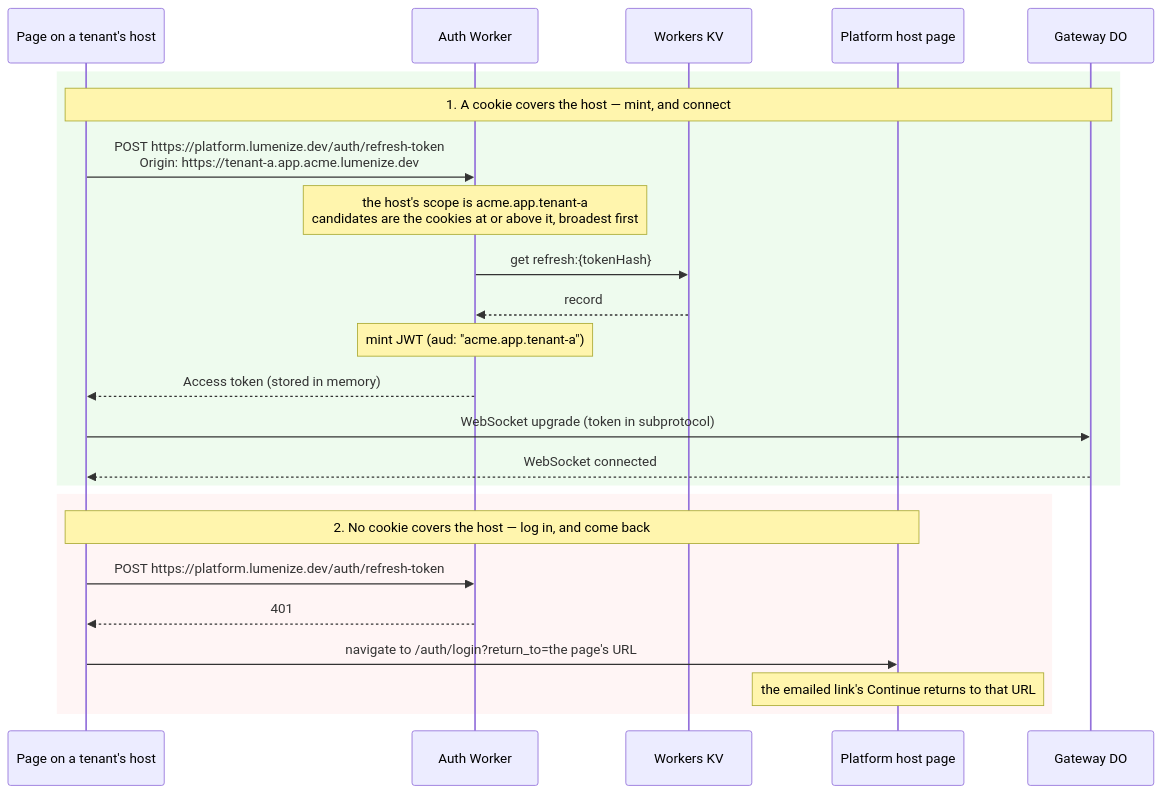
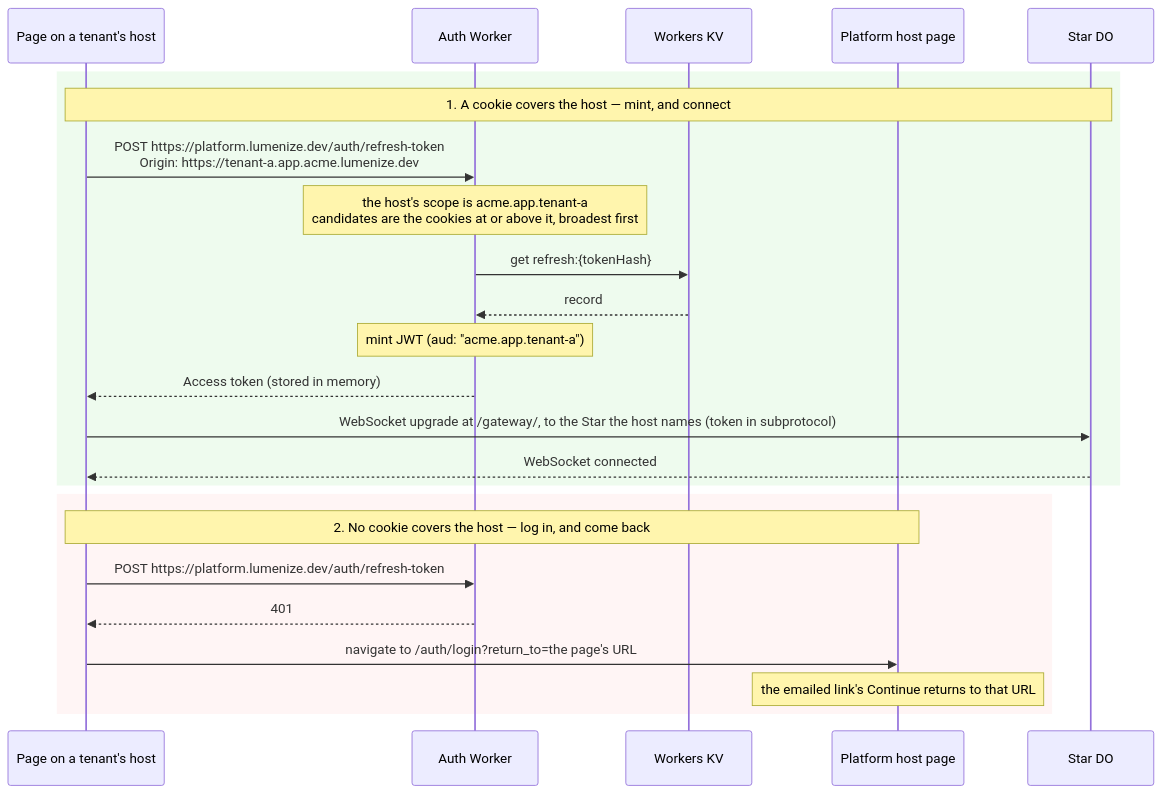
Before and after one commit to lumenize/lumenize: the second of 5 diagrams in website/docs/nebula/auth-flows.md, drawn with Mermaid. The commit also changed other lines of this file and 89 other files, not shown here.

````diff
--- a/website/docs/nebula/auth-flows.md
+++ b/website/docs/nebula/auth-flows.md
@@ -105,28 +105,28 @@
 ```mermaid
 sequenceDiagram
     participant T as Page on a tenant's host
     participant W as Auth Worker
     participant KV as Workers KV
     participant P as Platform host page
-    participant GW as Gateway DO
+    participant GW as Star DO
 
     rect rgba(200, 240, 200, 0.3)
         Note over T,GW: 1. A cookie covers the host — mint, and connect
         T->>W: POST https://platform.lumenize.dev/auth/refresh-token<br/>Origin: https://tenant-a.app.acme.lumenize.dev
         Note over W: the host's scope is acme.app.tenant-a<br/>candidates are the cookies at or above it, broadest first
         W->>KV: get refresh:{tokenHash}
         KV-->>W: record
         Note over W: mint JWT (aud: "acme.app.tenant-a")
         W-->>T: Access token (stored in memory)
-        T->>GW: WebSocket upgrade (token in subprotocol)
+        T->>GW: WebSocket upgrade at /gateway/, to the Star the host names (token in subprotocol)
         GW-->>T: WebSocket connected
     end
 
     rect rgba(255, 220, 220, 0.3)
         Note over T,P: 2. No cookie covers the host — log in, and come back
         T->>W: POST https://platform.lumenize.dev/auth/refresh-token
         W-->>T: 401
         T->>P: navigate to /auth/login?return_to=the page's URL
         Note over P: the emailed link's Continue returns to that URL
     end
 ```
````
